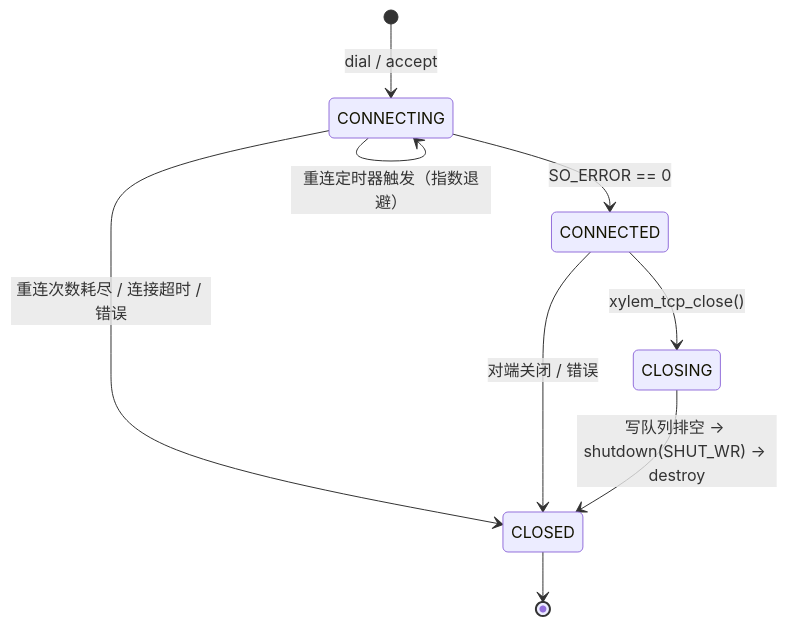
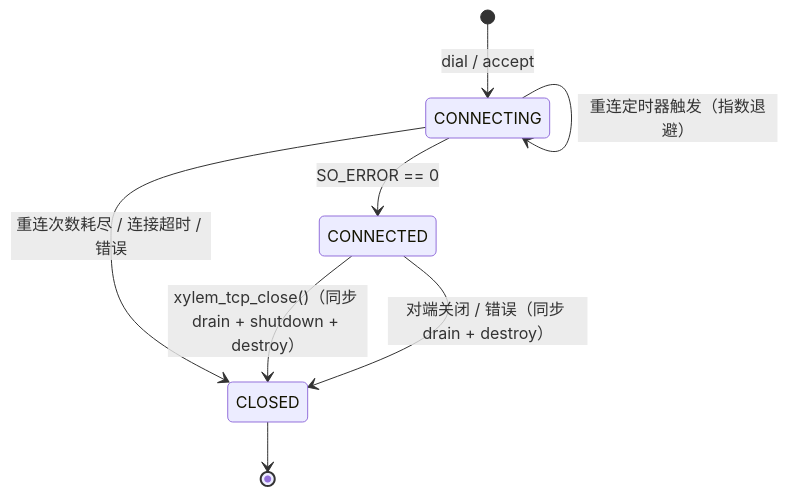
Before and after one commit to MeristemForge/Xylem: the second of 4 diagrams in docs/tcp-design.md, drawn with Mermaid. The commit also changed other lines of this file and 3 other files, not shown here.

Commit message:
docs(tcp): update design docs for synchronous close semantics

````diff
--- a/docs/tcp-design.md
+++ b/docs/tcp-design.md
@@ -192,11 +192,10 @@
 ```mermaid
 stateDiagram-v2
     [*] --> CONNECTING : dial / accept
     CONNECTING --> CONNECTED : SO_ERROR == 0
     CONNECTING --> CONNECTING : 重连定时器触发（指数退避）
     CONNECTING --> CLOSED : 重连次数耗尽 / 连接超时 / 错误
-    CONNECTED --> CLOSING : xylem_tcp_close()
-    CONNECTED --> CLOSED : 对端关闭 / 错误
-    CLOSING --> CLOSED : 写队列排空 → shutdown(SHUT_WR) → destroy
+    CONNECTED --> CLOSED : xylem_tcp_close()（同步 drain + shutdown + destroy）
+    CONNECTED --> CLOSED : 对端关闭 / 错误（同步 drain + destroy）
     CLOSED --> [*]
 ```
````
